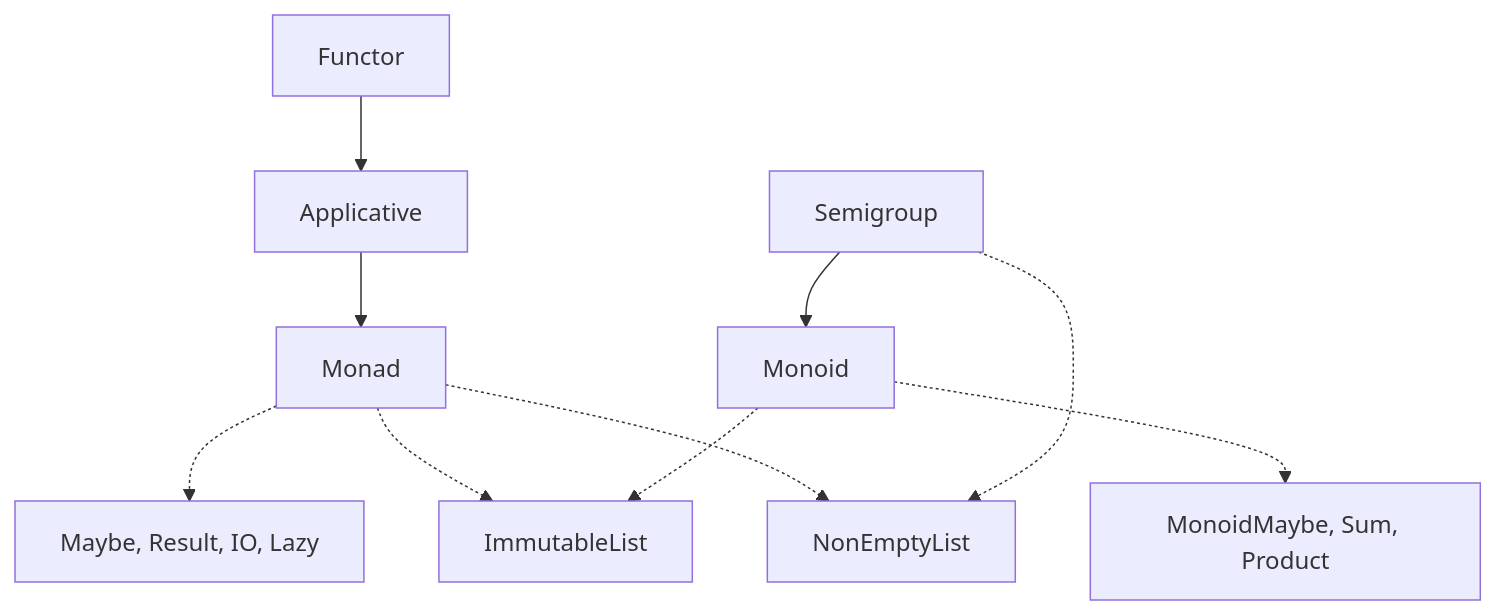
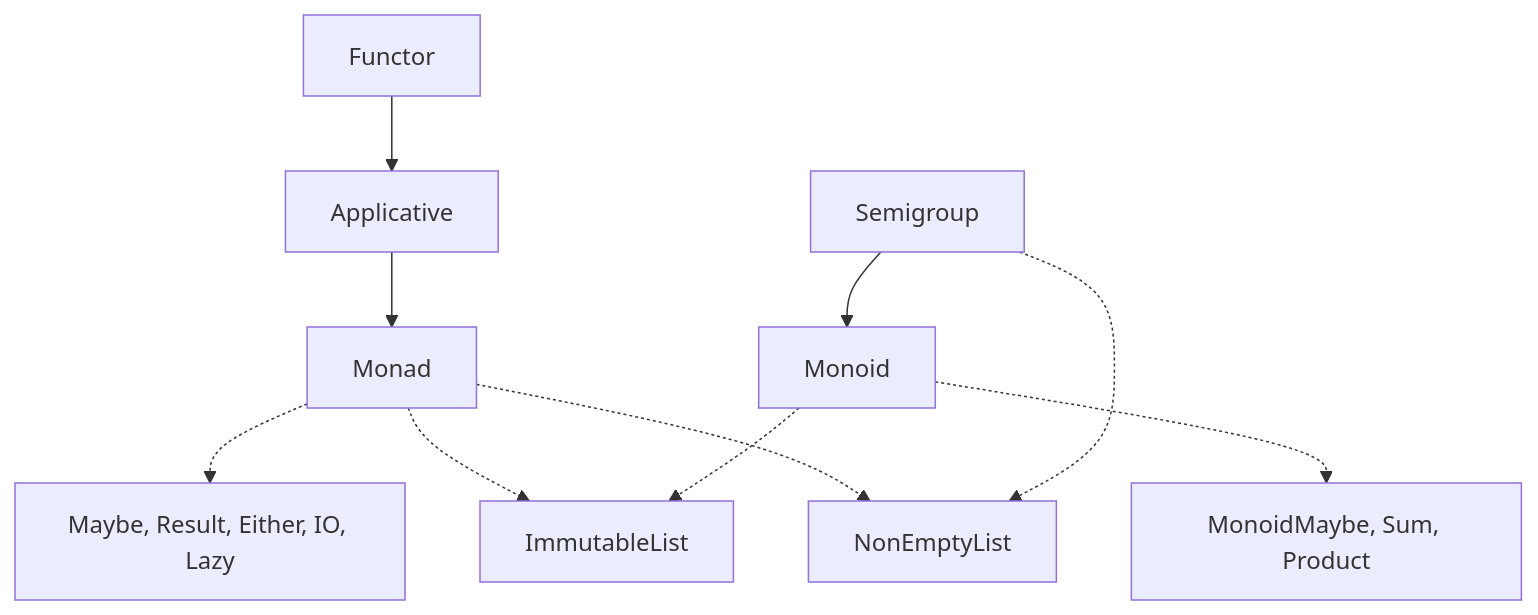
Before and after one commit to kamalfarahani/katharos: the diagram in README.md, drawn with Mermaid.

Commit message:
docs: update type hierarchy to include Either in Monad contexts

````diff
--- a/README.md
+++ b/README.md
@@ -64,11 +64,11 @@
 ```mermaid
 flowchart TD
     Functor --> Applicative --> Monad
     Semigroup --> Monoid
-    Monad -.-> contexts["Maybe, Result, IO, Lazy"]
+    Monad -.-> contexts["Maybe, Result, Either, IO, Lazy"]
     Monad -.-> ImmutableList
     Monad -.-> NonEmptyList
     Monoid -.-> ImmutableList
     Semigroup -.-> NonEmptyList
     Monoid -.-> monoids["MonoidMaybe, Sum, Product"]
 ```
````
